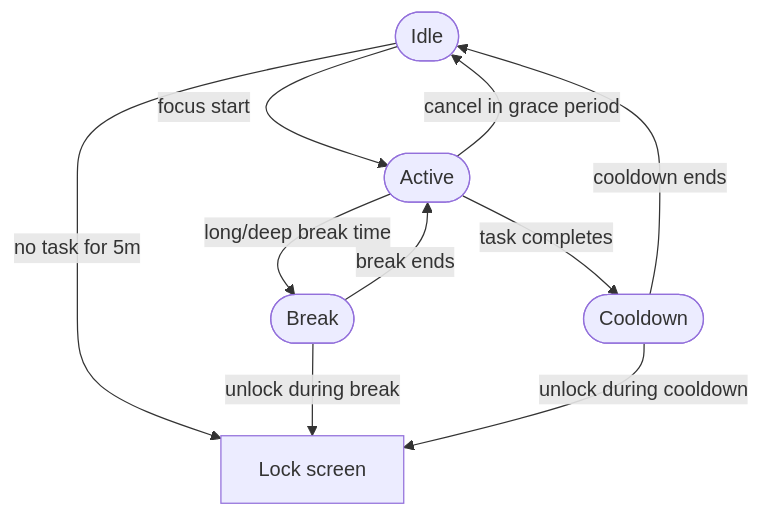
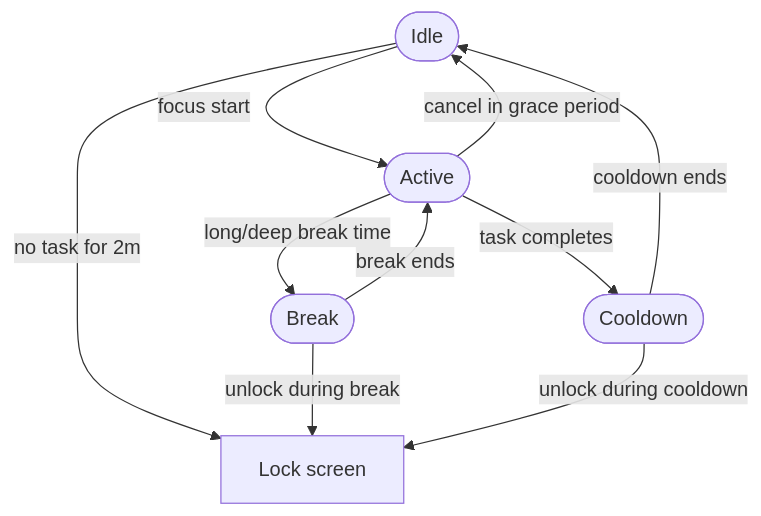
The diagram in README.md (krabhi1/focus), drawn with Mermaid before and after one commit. The commit also changed other lines of this file and 6 other files, not shown here.

````diff
--- a/README.md
+++ b/README.md
@@ -33,21 +33,21 @@
 ```mermaid
 flowchart TB
     Idle(["Idle"])
     Active(["Active"])
     Break(["Break"])
     Cooldown(["Cooldown"])
     Lock["Lock screen"]
 
     Idle -- focus start --> Active
     Active -- long/deep break time --> Break
     Break -- break ends --> Active
 
     Active -- task completes --> Cooldown
     Cooldown -- cooldown ends --> Idle
 
     Active -- cancel in grace period --> Idle
 
-    Idle -- no task for 5m --> Lock
+    Idle -- no task for 2m --> Lock
     Break -- unlock during break --> Lock
     Cooldown -- unlock during cooldown --> Lock
 ```
````
